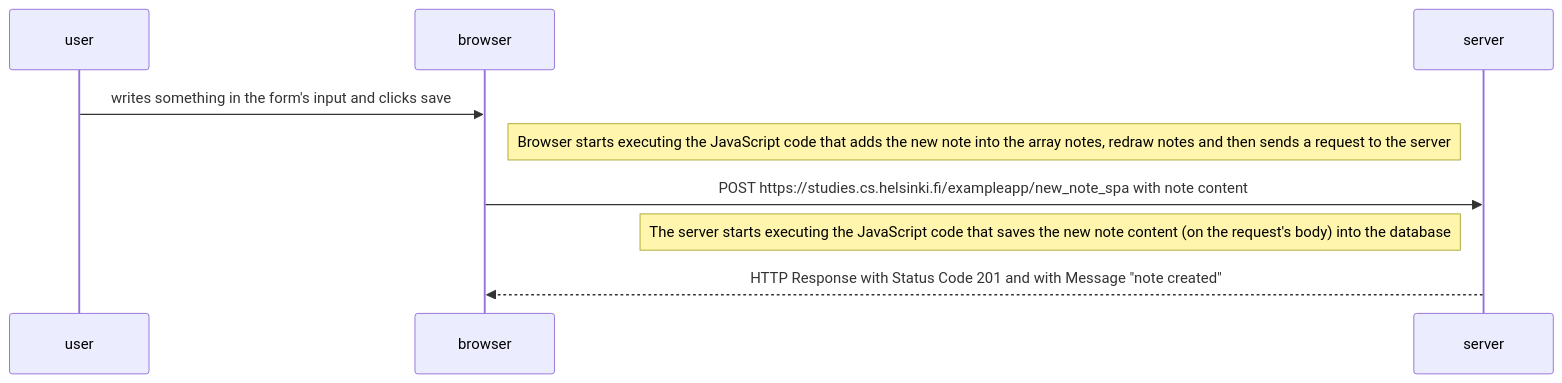
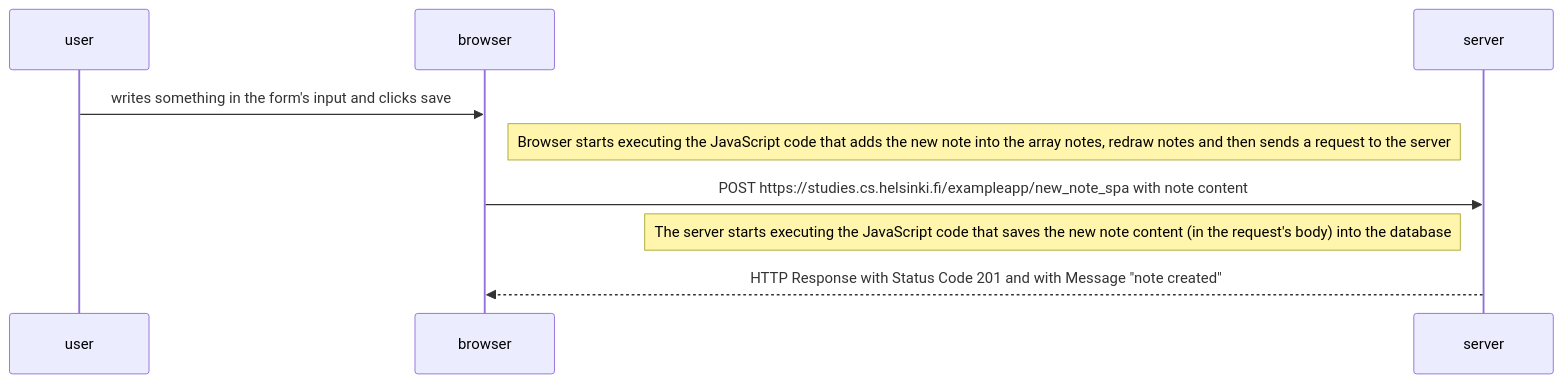
Before and after one commit to Sparx27/fullStackOpen: the diagram in part0/solution-0.6.md, drawn with Mermaid. The commit also changed 1 other file, not shown here.

Commit message:
spelling correction

````diff
--- a/part0/solution-0.6.md
+++ b/part0/solution-0.6.md
@@ -1,14 +1,14 @@
 ```mermaid
 sequenceDiagram
   participant user
   participant browser
   participant server
 
   user->>browser: writes something in the form's input and clicks save
 
   Note right of browser: Browser starts executing the JavaScript code that adds the new note into the array notes, redraw notes and then sends a request to the server
 
   browser->>server: POST https://studies.cs.helsinki.fi/exampleapp/new_note_spa with note content
-  Note left of server: The server starts executing the JavaScript code that saves the new note content (on the request's body) into the database
-  server-->>browser: HTTP Response with Status Code 201 and with Message "note created"  
+  Note left of server: The server starts executing the JavaScript code that saves the new note content (in the request's body) into the database
+  server-->>browser: HTTP Response with Status Code 201 and with Message "note created"
 ```
````
